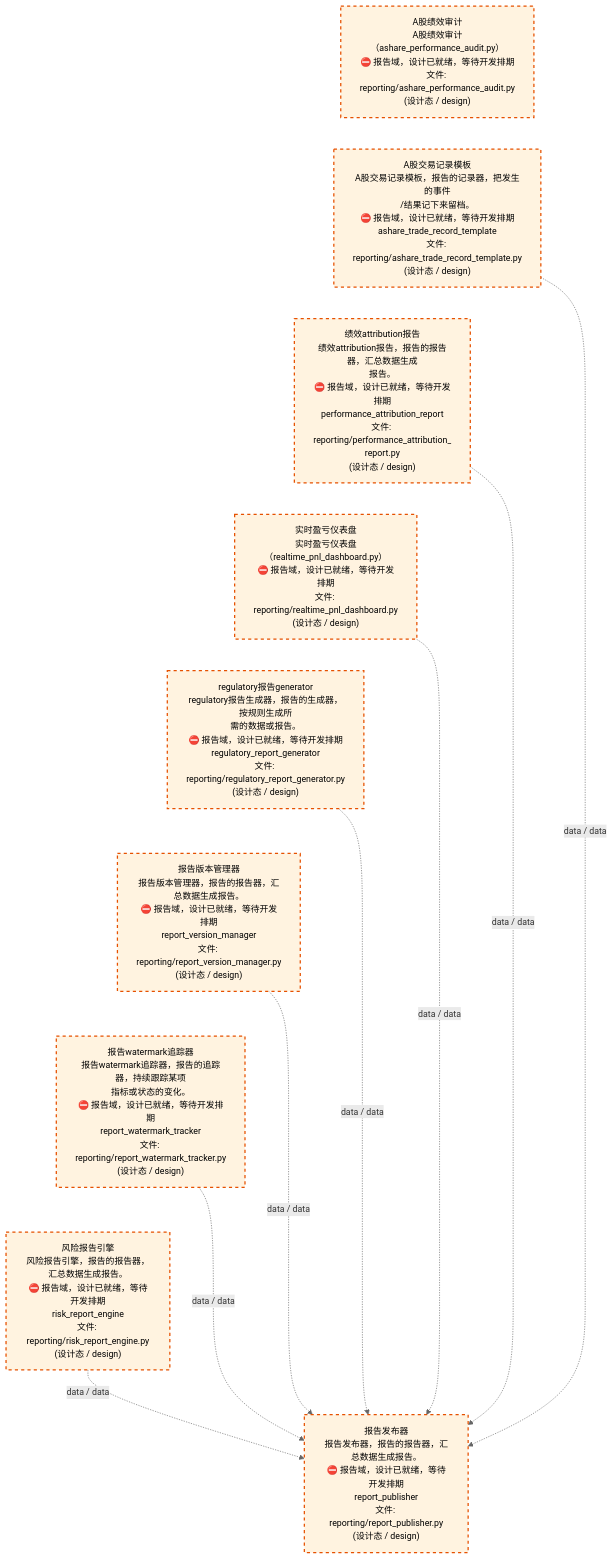
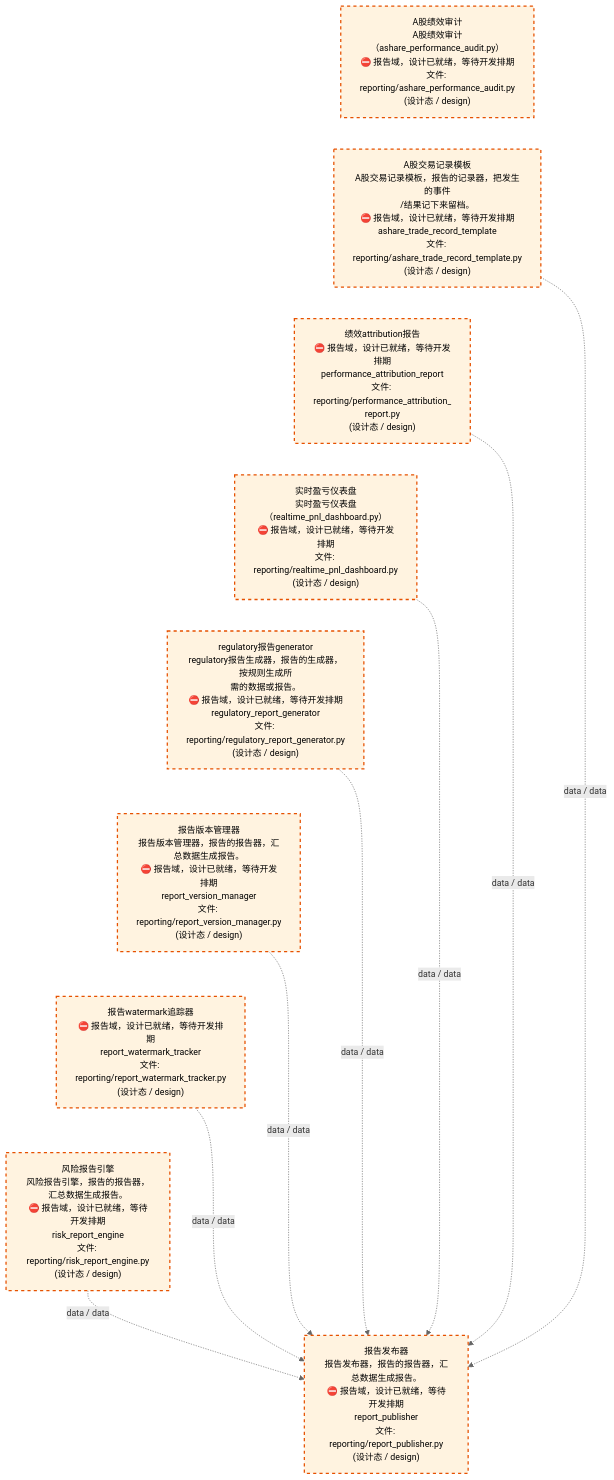
The third of 4 diagrams in docs/02_enterprise_architecture/02_domain_architecture_docs/26_d_reporting.md (xuanFelixVan/ZephyrAlpha), drawn with Mermaid before and after one commit. The commit also changed other lines of this file and 61 other files, not shown here.

````diff
--- a/docs/02_enterprise_architecture/02_domain_architecture_docs/26_d_reporting.md
+++ b/docs/02_enterprise_architecture/02_domain_architecture_docs/26_d_reporting.md
@@ -137,32 +137,32 @@
 ```mermaid
 %%{init: {'theme': 'base', 'themeVariables': {'primaryColor': '#eaeaea', 'primaryTextColor': '#333333', 'primaryBorderColor': '#666666', 'lineColor': '#666666', 'secondaryColor': '#eaeaea', 'tertiaryColor': '#eaeaea', 'fontSize': '14px'}}}%%
 flowchart TD
     src_zephyr_reporting_ashare_performance_audit_py["A股绩效审计<br/>A股绩效审计（ashare_performance_audit.py）<br/>⛔ 报告域，设计已就绪，等待开发排期<br/>文件: reporting/ashare_performance_audit.py<br/>(设计态 / design)"]
     src_zephyr_reporting_ashare_trade_record_template_py["A股交易记录模板<br/>A股交易记录模板，报告的记录器，把发生的事件<br/>/结果记下来留档。<br/>⛔ 报告域，设计已就绪，等待开发排期<br/>ashare_trade_record_template<br/>文件: reporting/ashare_trade_record_template.py<br/>(设计态 / design)"]
-    src_zephyr_reporting_performance_attribution_report_py["绩效attribution报告<br/>绩效attribution报告，报告的报告器，汇总数据生成<br/>报告。<br/>⛔ 报告域，设计已就绪，等待开发排期<br/>performance_attribution_report<br/>文件: reporting/performance_attribution_<br/>report.py<br/>(设计态 / design)"]
+    src_zephyr_reporting_performance_attribution_report_py["绩效attribution报告<br/>⛔ 报告域，设计已就绪，等待开发排期<br/>performance_attribution_report<br/>文件: reporting/performance_attribution_<br/>report.py<br/>(设计态 / design)"]
     src_zephyr_reporting_realtime_pnl_dashboard_py["实时盈亏仪表盘<br/>实时盈亏仪表盘（realtime_pnl_dashboard.py）<br/>⛔ 报告域，设计已就绪，等待开发排期<br/>文件: reporting/realtime_pnl_dashboard.py<br/>(设计态 / design)"]
     src_zephyr_reporting_regulatory_report_generator_py["regulatory报告generator<br/>regulatory报告生成器，报告的生成器，按规则生成所<br/>需的数据或报告。<br/>⛔ 报告域，设计已就绪，等待开发排期<br/>regulatory_report_generator<br/>文件: reporting/regulatory_report_generator.py<br/>(设计态 / design)"]
     src_zephyr_reporting_report_version_manager_py["报告版本管理器<br/>报告版本管理器，报告的报告器，汇总数据生成报告。<br/>⛔ 报告域，设计已就绪，等待开发排期<br/>report_version_manager<br/>文件: reporting/report_version_manager.py<br/>(设计态 / design)"]
-    src_zephyr_reporting_report_watermark_tracker_py["报告watermark追踪器<br/>报告watermark追踪器，报告的追踪器，持续跟踪某项<br/>指标或状态的变化。<br/>⛔ 报告域，设计已就绪，等待开发排期<br/>report_watermark_tracker<br/>文件: reporting/report_watermark_tracker.py<br/>(设计态 / design)"]
+    src_zephyr_reporting_report_watermark_tracker_py["报告watermark追踪器<br/>⛔ 报告域，设计已就绪，等待开发排期<br/>report_watermark_tracker<br/>文件: reporting/report_watermark_tracker.py<br/>(设计态 / design)"]
     src_zephyr_reporting_risk_report_engine_py["风险报告引擎<br/>风险报告引擎，报告的报告器，汇总数据生成报告。<br/>⛔ 报告域，设计已就绪，等待开发排期<br/>risk_report_engine<br/>文件: reporting/risk_report_engine.py<br/>(设计态 / design)"]
     src_zephyr_reporting_ashare_performance_audit_py ~~~ src_zephyr_reporting_ashare_trade_record_template_py
     src_zephyr_reporting_ashare_trade_record_template_py ~~~ src_zephyr_reporting_performance_attribution_report_py
     src_zephyr_reporting_performance_attribution_report_py ~~~ src_zephyr_reporting_realtime_pnl_dashboard_py
     src_zephyr_reporting_realtime_pnl_dashboard_py ~~~ src_zephyr_reporting_regulatory_report_generator_py
     src_zephyr_reporting_regulatory_report_generator_py ~~~ src_zephyr_reporting_report_version_manager_py
     src_zephyr_reporting_report_version_manager_py ~~~ src_zephyr_reporting_report_watermark_tracker_py
     src_zephyr_reporting_report_watermark_tracker_py ~~~ src_zephyr_reporting_risk_report_engine_py
     src_zephyr_reporting_report_publisher_py["报告发布器<br/>报告发布器，报告的报告器，汇总数据生成报告。<br/>⛔ 报告域，设计已就绪，等待开发排期<br/>report_publisher<br/>文件: reporting/report_publisher.py<br/>(设计态 / design)"]
     src_zephyr_reporting_ashare_trade_record_template_py -.->|data / data| src_zephyr_reporting_report_publisher_py
     src_zephyr_reporting_realtime_pnl_dashboard_py -.->|data / data| src_zephyr_reporting_report_publisher_py
     src_zephyr_reporting_regulatory_report_generator_py -.->|data / data| src_zephyr_reporting_report_publisher_py
     src_zephyr_reporting_risk_report_engine_py -.->|data / data| src_zephyr_reporting_report_publisher_py
     src_zephyr_reporting_report_version_manager_py -.->|data / data| src_zephyr_reporting_report_publisher_py
     src_zephyr_reporting_performance_attribution_report_py -.->|data / data| src_zephyr_reporting_report_publisher_py
     src_zephyr_reporting_report_watermark_tracker_py -.->|data / data| src_zephyr_reporting_report_publisher_py
     classDef production fill:#e1f5fe,stroke:#01579b,stroke-width:2px,color:#000
     classDef design fill:#fff3e0,stroke:#e65100,stroke-width:2px,color:#000,stroke-dasharray: 5 5
     classDef external_prod fill:#e8f4fd,stroke:#0277bd,stroke-width:1px,color:#000
     classDef external_design fill:#fff8e7,stroke:#ef6c00,stroke-width:1px,color:#000,stroke-dasharray: 5 5
     class src_zephyr_reporting_ashare_performance_audit_py,src_zephyr_reporting_ashare_trade_record_template_py,src_zephyr_reporting_performance_attribution_report_py,src_zephyr_reporting_realtime_pnl_dashboard_py,src_zephyr_reporting_regulatory_report_generator_py,src_zephyr_reporting_report_publisher_py,src_zephyr_reporting_report_version_manager_py,src_zephyr_reporting_report_watermark_tracker_py,src_zephyr_reporting_risk_report_engine_py design
 ```
````
